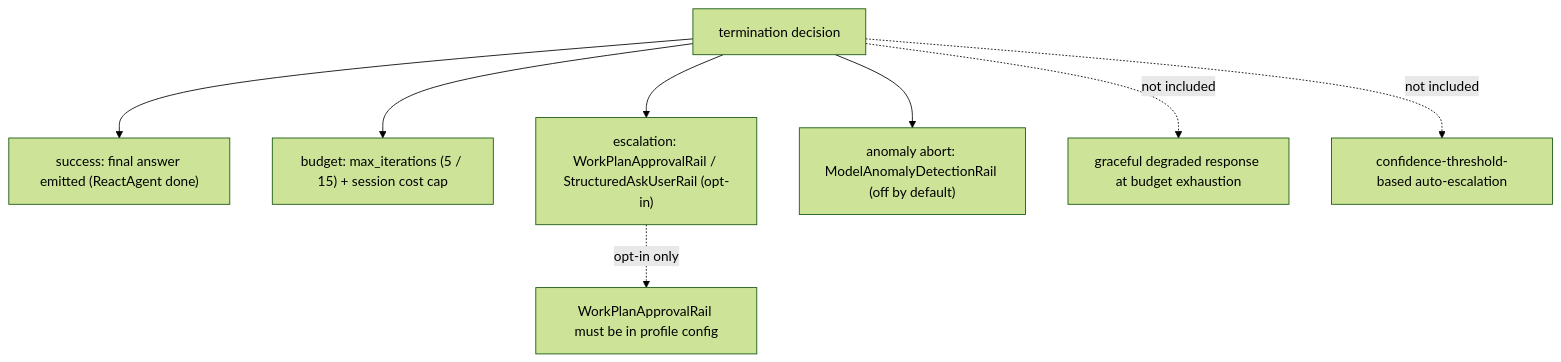
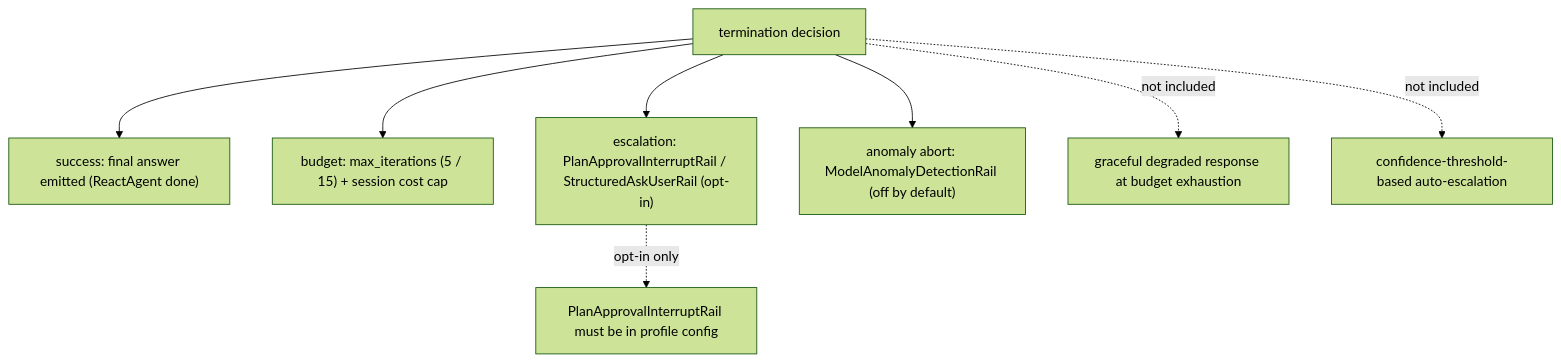
The sixth of 6 diagrams in content/topics/22-agent-failure-patterns.md (michaelatamuk/openjiuwen-knowledge), drawn with Mermaid (forest theme) before and after one commit. The commit also changed other lines of this file and 47 other files, not shown here.

````diff
--- a/content/topics/22-agent-failure-patterns.md
+++ b/content/topics/22-agent-failure-patterns.md
@@ -127,10 +127,10 @@
 ```mermaid
 flowchart TD
     T["termination decision"] --> S["success: final answer emitted (ReactAgent done)"]
     T --> B["budget: max_iterations (5 / 15) + session cost cap"]
-    T --> E["escalation: WorkPlanApprovalRail / StructuredAskUserRail (opt-in)"]
+    T --> E["escalation: PlanApprovalInterruptRail / StructuredAskUserRail (opt-in)"]
     T --> A["anomaly abort: ModelAnomalyDetectionRail (off by default)"]
     T -.->|"not included"| D["graceful degraded response at budget exhaustion"]
     T -.->|"not included"| C["confidence-threshold-based auto-escalation"]
-    E -.->|"opt-in only"| CONF["WorkPlanApprovalRail must be in profile config"]
+    E -.->|"opt-in only"| CONF["PlanApprovalInterruptRail must be in profile config"]
 ```
````
